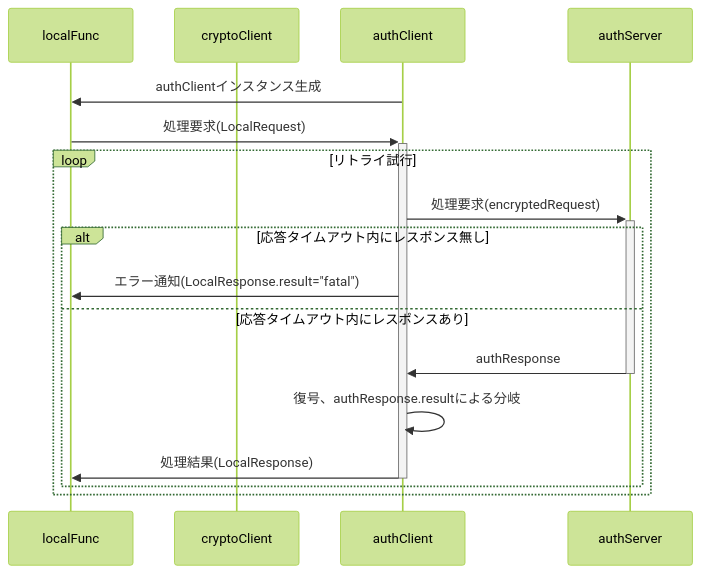
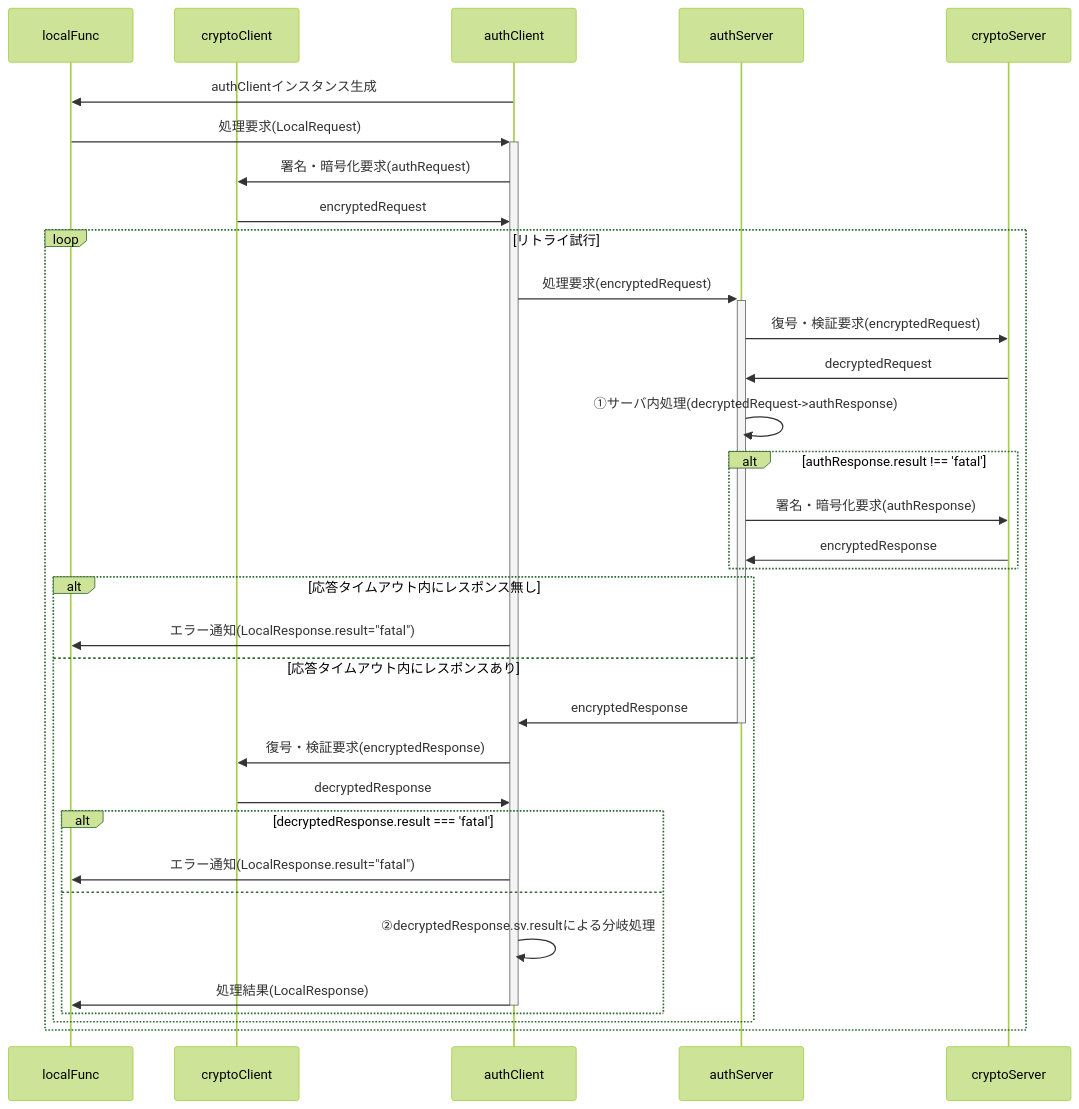
Before and after one commit to nakaone/library: the diagram in underDev/Auth/doc/spec.md, drawn with Mermaid (forest theme). The commit also changed other lines of this file and 4 other files, not shown here.

````diff
--- a/underDev/Auth/doc/spec.md
+++ b/underDev/Auth/doc/spec.md
@@ -50,31 +50,46 @@
 ```mermaid
 sequenceDiagram
   %%actor user
   participant localFunc
   %%participant clientMail
   participant cryptoClient
   %%participant IndexedDB
   participant authClient
   participant authServer
   %%participant memberList
-  %%participant cryptoServer
+  participant cryptoServer
   %%participant serverFunc
   %%actor admin
 
   authClient->>localFunc: authClientインスタンス生成
   localFunc->>+authClient: 処理要求(LocalRequest)
-  %%authClient->>cryptoClient: 署名・暗号化要求(LocalRequest)
-  %%cryptoClient->>authClient: encryptedRequest
+  authClient->>cryptoClient: 署名・暗号化要求(authRequest)
+  cryptoClient->>authClient: encryptedRequest
 
   loop リトライ試行
     authClient->>+authServer: 処理要求(encryptedRequest)
+    authServer->>cryptoServer: 復号・検証要求(encryptedRequest)
+    cryptoServer->>authServer: decryptedRequest
+    authServer->>authServer: ①サーバ内処理(decryptedRequest->authResponse)
+    alt authResponse.result !== 'fatal'
+      authServer->>cryptoServer: 署名・暗号化要求(authResponse)
+      cryptoServer->>authServer: encryptedResponse
+    end
 
     alt 応答タイムアウト内にレスポンス無し
       authClient->>localFunc: エラー通知(LocalResponse.result="fatal")
     else 応答タイムアウト内にレスポンスあり
-      authServer->>-authClient: authResponse
-      authClient->>authClient: 復号、authResponse.resultによる分岐
-      authClient->>-localFunc: 処理結果(LocalResponse)
+      authServer->>-authClient: encryptedResponse
+
+      authClient->>cryptoClient: 復号・検証要求(encryptedResponse)
+      cryptoClient->>authClient: decryptedResponse
+
+      alt decryptedResponse.result === 'fatal'
+        authClient->>localFunc: エラー通知(LocalResponse.result="fatal")
+      else
+        authClient->>authClient: ②decryptedResponse.sv.resultによる分岐処理
+        authClient->>-localFunc: 処理結果(LocalResponse)
+      end
     end
   end
 ```
````
